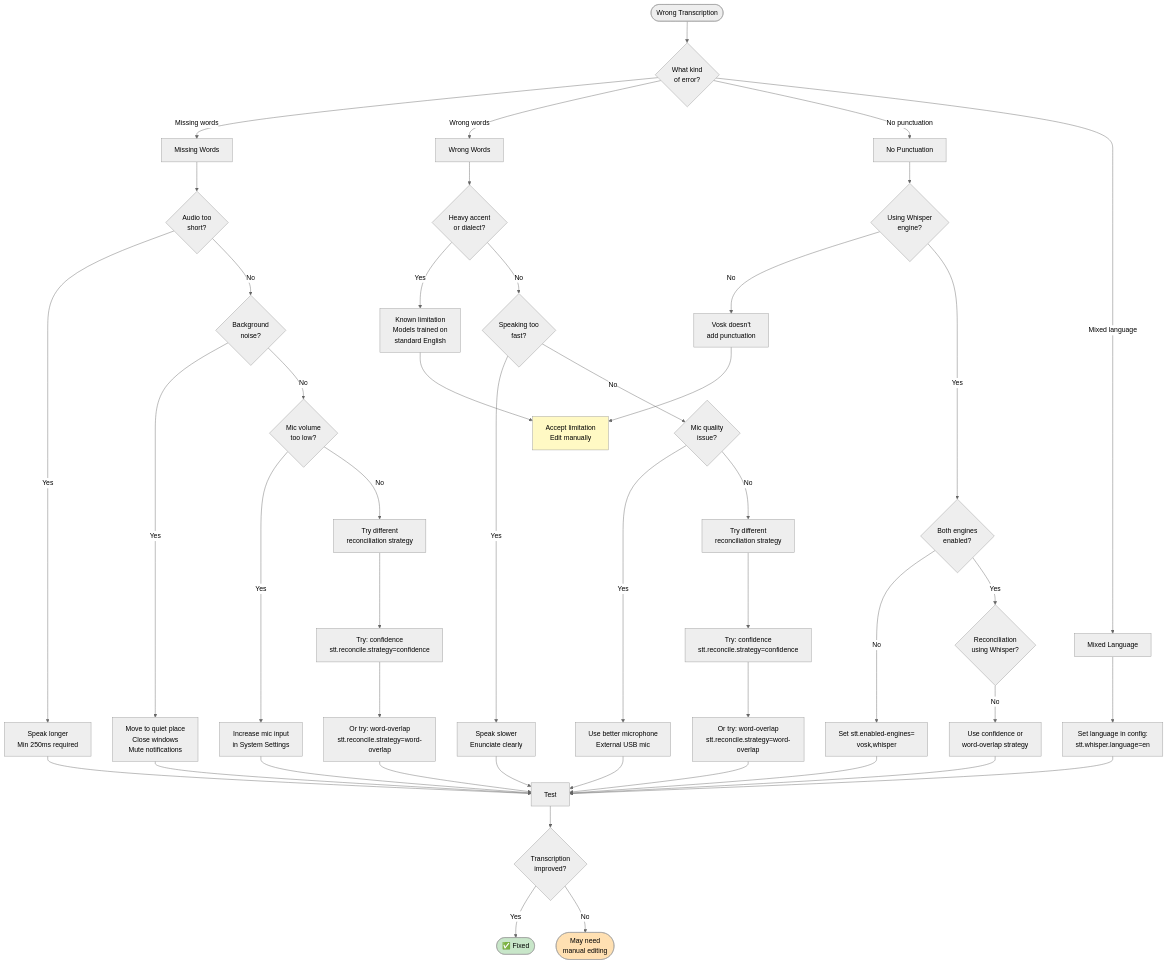
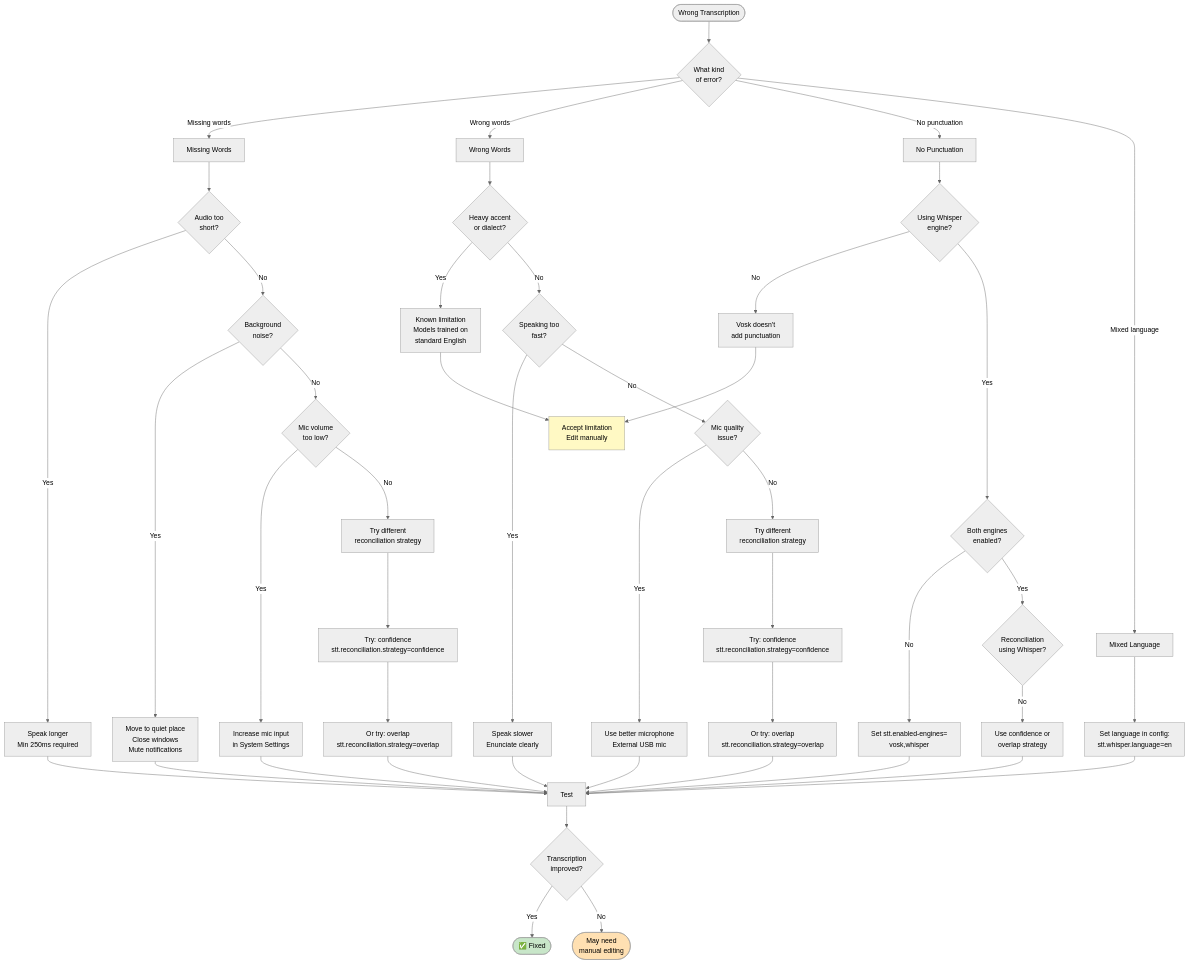
The fifth of 7 diagrams in docs/diagrams/troubleshooting-guide.md (phillippitts/speakToMack), drawn with Mermaid (neutral theme) before and after one commit. The commit also changed other lines of this file and 499 other files, not shown here.

````diff
--- a/docs/diagrams/troubleshooting-guide.md
+++ b/docs/diagrams/troubleshooting-guide.md
@@ -204,60 +199,60 @@
 ```mermaid
 flowchart TD
     Start([Wrong Transcription]) --> Type{What kind<br/>of error?}
 
     Type -->|Missing words| Missing[Missing Words]
     Type -->|Wrong words| Wrong[Wrong Words]
     Type -->|No punctuation| Punct[No Punctuation]
     Type -->|Mixed language| Lang[Mixed Language]
 
     Missing --> Short{Audio too<br/>short?}
     Short -->|Yes| SpeakLonger[Speak longer<br/>Min 250ms required]
     Short -->|No| Noise{Background<br/>noise?}
     Noise -->|Yes| QuietPlace[Move to quiet place<br/>Close windows<br/>Mute notifications]
     Noise -->|No| Volume{Mic volume<br/>too low?}
     Volume -->|Yes| IncVolume[Increase mic input<br/>in System Settings]
     Volume -->|No| Engine1[Try different<br/>reconciliation strategy]
 
     Wrong --> Accent{Heavy accent<br/>or dialect?}
     Accent -->|Yes| AccentLimits[Known limitation<br/>Models trained on<br/>standard English]
     Accent -->|No| Fast{Speaking too<br/>fast?}
     Fast -->|Yes| SlowDown[Speak slower<br/>Enunciate clearly]
     Fast -->|No| Quality{Mic quality<br/>issue?}
     Quality -->|Yes| BetterMic[Use better microphone<br/>External USB mic]
     Quality -->|No| Engine2[Try different<br/>reconciliation strategy]
 
     Punct --> WhisperCheck{Using Whisper<br/>engine?}
     WhisperCheck -->|No| OnlyVosk[Vosk doesn't<br/>add punctuation]
     WhisperCheck -->|Yes| Enabled{Both engines<br/>enabled?}
     Enabled -->|No| EnableBoth[Set stt.enabled-engines=<br/>vosk,whisper]
     Enabled -->|Yes| ReconcileCheck{Reconciliation<br/>using Whisper?}
-    ReconcileCheck -->|No| ConfStrat[Use confidence or<br/>word-overlap strategy]
+    ReconcileCheck -->|No| ConfStrat[Use confidence or<br/>overlap strategy]
 
     Lang --> SetLang[Set language in config:<br/>stt.whisper.language=en]
 
-    Engine1 --> TryConf1[Try: confidence<br/>stt.reconcile.strategy=confidence]
-    Engine2 --> TryConf2[Try: confidence<br/>stt.reconcile.strategy=confidence]
-    TryConf1 --> TryOverlap1[Or try: word-overlap<br/>stt.reconcile.strategy=word-overlap]
-    TryConf2 --> TryOverlap2[Or try: word-overlap<br/>stt.reconcile.strategy=word-overlap]
+    Engine1 --> TryConf1[Try: confidence<br/>stt.reconciliation.strategy=confidence]
+    Engine2 --> TryConf2[Try: confidence<br/>stt.reconciliation.strategy=confidence]
+    TryConf1 --> TryOverlap1[Or try: overlap<br/>stt.reconciliation.strategy=overlap]
+    TryConf2 --> TryOverlap2[Or try: overlap<br/>stt.reconciliation.strategy=overlap]
 
     SpeakLonger --> Test
     QuietPlace --> Test
     IncVolume --> Test
     AccentLimits --> Accept[Accept limitation<br/>Edit manually]
     SlowDown --> Test
     BetterMic --> Test
     OnlyVosk --> Accept
     EnableBoth --> Test
     ConfStrat --> Test
     SetLang --> Test
     TryOverlap1 --> Test
     TryOverlap2 --> Test
 
     Test --> Better{Transcription<br/>improved?}
     Better -->|Yes| Fixed([✅ Fixed])
     Better -->|No| Support([May need<br/>manual editing])
 
     style Fixed fill:#c8e6c9
     style Accept fill:#fff9c4
     style Support fill:#ffe0b2
 ```
````
